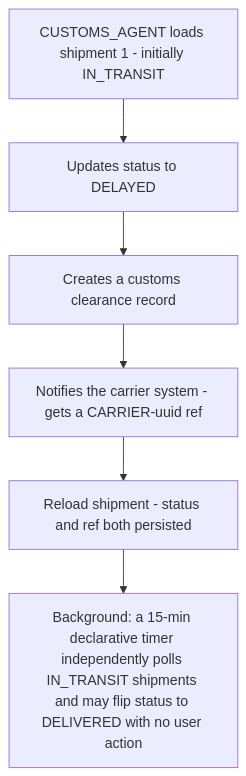
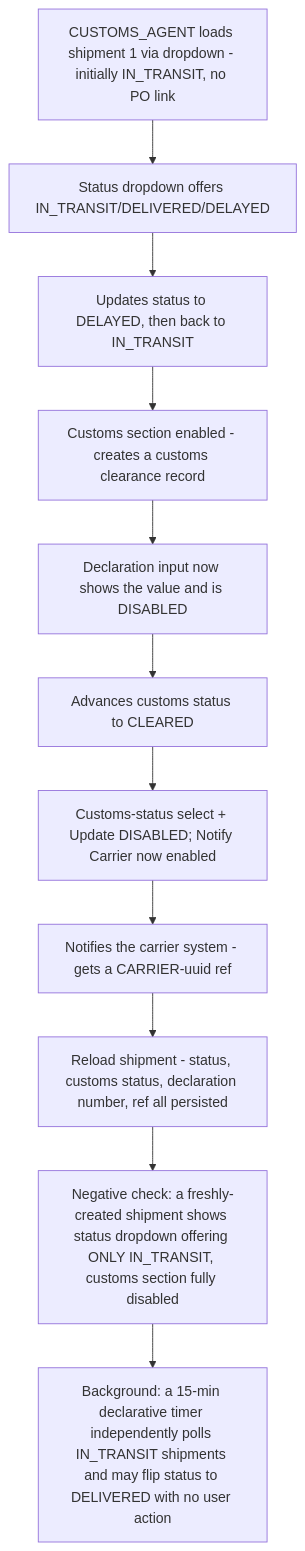
One commit to wishva-kalhara/GlobalTradeLogistics changed diagram 25 of 26 in .no-build/docs/E2E_FLOWS.md. Above: the diagram before and after it, drawn with Mermaid. The commit also changed other lines of this file and 5 other files, not shown here.

````diff
--- a/.no-build/docs/E2E_FLOWS.md
+++ b/.no-build/docs/E2E_FLOWS.md
@@ -358,8 +443,13 @@
 ```mermaid
 flowchart TD
-    A[CUSTOMS_AGENT loads shipment 1 - initially IN_TRANSIT] --> B[Updates status to DELAYED]
-    B --> C[Creates a customs clearance record]
-    C --> D[Notifies the carrier system - gets a CARRIER-uuid ref]
-    D --> E[Reload shipment - status and ref both persisted]
-    E --> F["Background: a 15-min declarative timer independently polls IN_TRANSIT shipments and may flip status to DELIVERED with no user action"]
+    A[CUSTOMS_AGENT loads shipment 1 via dropdown - initially IN_TRANSIT, no PO link] --> B[Status dropdown offers IN_TRANSIT/DELIVERED/DELAYED]
+    B --> C[Updates status to DELAYED, then back to IN_TRANSIT]
+    C --> D[Customs section enabled - creates a customs clearance record]
+    D --> E["Declaration input now shows the value and is DISABLED"]
+    E --> F[Advances customs status to CLEARED]
+    F --> G["Customs-status select + Update DISABLED; Notify Carrier now enabled"]
+    G --> H[Notifies the carrier system - gets a CARRIER-uuid ref]
+    H --> I[Reload shipment - status, customs status, declaration number, ref all persisted]
+    I --> J["Negative check: a freshly-created shipment shows status dropdown offering ONLY IN_TRANSIT, customs section fully disabled"]
+    J --> K["Background: a 15-min declarative timer independently polls IN_TRANSIT shipments and may flip status to DELIVERED with no user action"]
 ```
````
